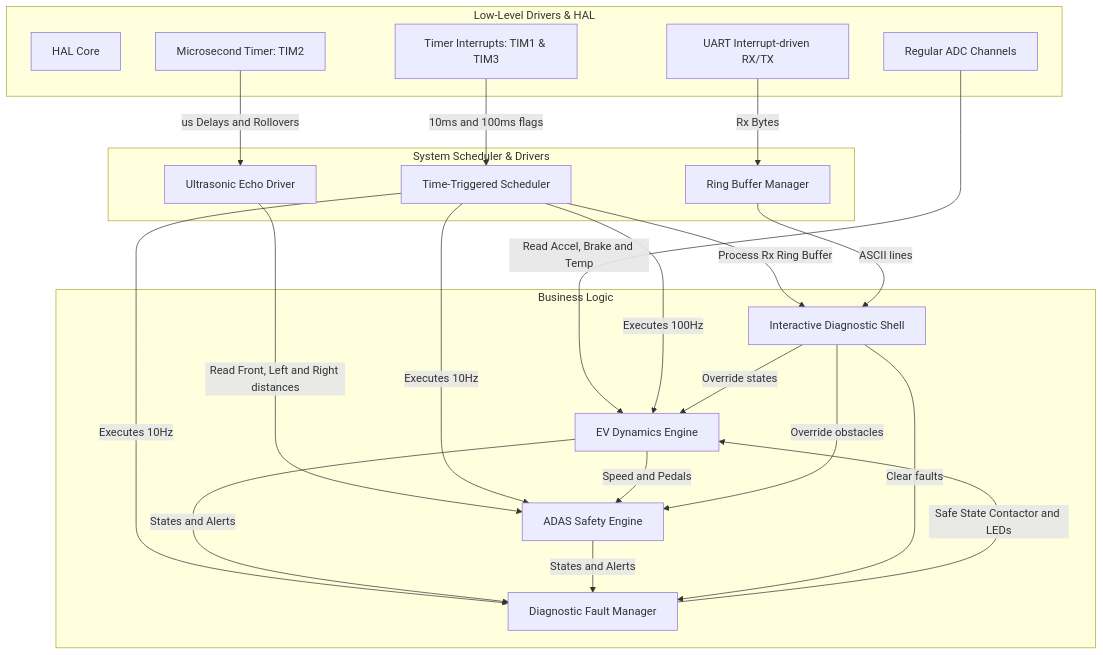
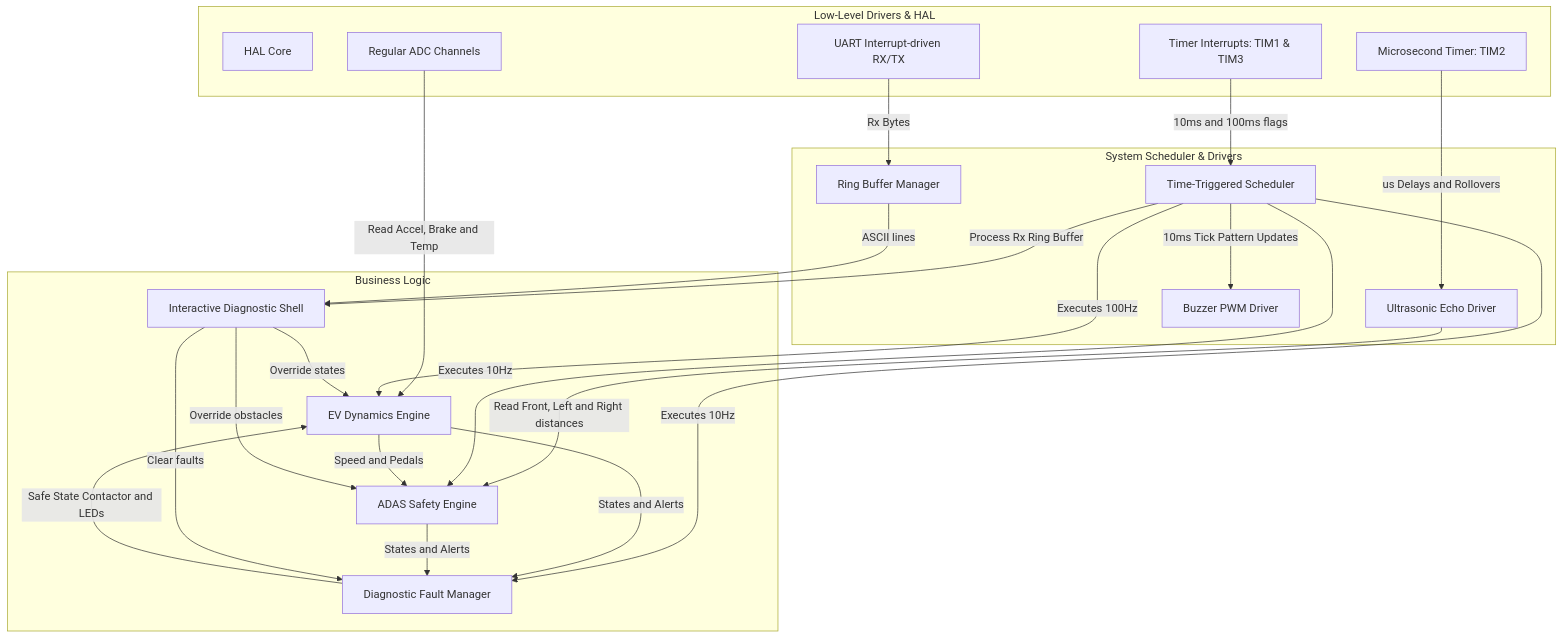
Before and after one commit to ahana4banerjee/ev_adas_dashboard: the third of 6 diagrams in README.md, drawn with Mermaid. The commit also changed other lines of this file and 1 other file, not shown here.

Commit message:
feat: add Version 2 hardware buzzer system documentation and update project descriptions

````diff
--- a/README.md
+++ b/README.md
@@ -142,49 +160,51 @@
 ```mermaid
 graph TD
     subgraph Driver_Layer [Low-Level Drivers & HAL]
         HAL_Init[HAL Core]
         ADC_Poll[Regular ADC Channels]
         TIM_Ticks["Timer Interrupts: TIM1 & TIM3"]
         TIM2_US["Microsecond Timer: TIM2"]
         UART_IT["UART Interrupt-driven RX/TX"]
     end
 
     subgraph Middleware_Layer [System Scheduler & Drivers]
         Sched[Time-Triggered Scheduler]
         US_Driver[Ultrasonic Echo Driver]
         Shell_RB[Ring Buffer Manager]
+        Buzzer_Driver[Buzzer PWM Driver]
     end
 
     subgraph Application_Layer [Business Logic]
         EV_Dyn[EV Dynamics Engine]
         ADAS_Eng[ADAS Safety Engine]
         Fault_Mgr[Diagnostic Fault Manager]
         Shell_Cmd[Interactive Diagnostic Shell]
     end
 
     %% Timing links
     TIM_Ticks -->|10ms and 100ms flags| Sched
     TIM2_US -->|us Delays and Rollovers| US_Driver
     
     %% Input flow
     ADC_Poll -->|Read Accel, Brake and Temp| EV_Dyn
     US_Driver -->|Read Front, Left and Right distances| ADAS_Eng
 
     %% Execution loops
     Sched -->|Executes 100Hz| EV_Dyn
     Sched -->|Executes 10Hz| ADAS_Eng
     Sched -->|Executes 10Hz| Fault_Mgr
     Sched -->|Process Rx Ring Buffer| Shell_Cmd
+    Sched -->|10ms Tick Pattern Updates| Buzzer_Driver
     
     %% Interactions
     EV_Dyn -->|Speed and Pedals| ADAS_Eng
     EV_Dyn & ADAS_Eng -->|States and Alerts| Fault_Mgr
     Fault_Mgr -->|Safe State Contactor and LEDs| EV_Dyn
     
     %% Diagnostics
     UART_IT -->|Rx Bytes| Shell_RB
     Shell_RB -->|ASCII lines| Shell_Cmd
     Shell_Cmd -->|Override states| EV_Dyn
     Shell_Cmd -->|Override obstacles| ADAS_Eng
     Shell_Cmd -->|Clear faults| Fault_Mgr
 ```
````
